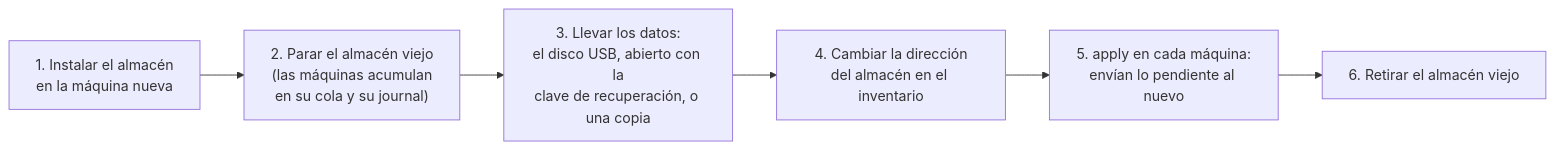
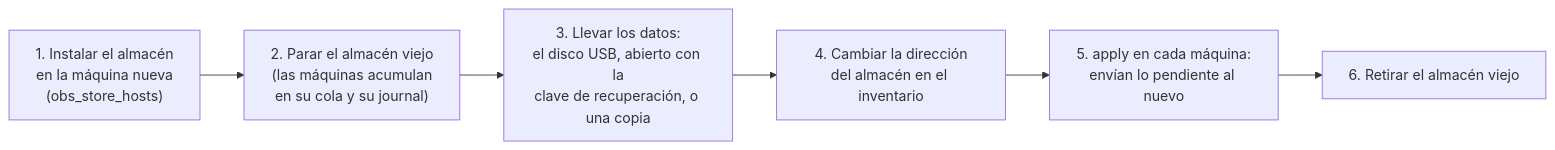
The second of 2 diagrams in docs/OBSERVABILITY.md (laperl/infra-podman), drawn with Mermaid before and after one commit. The commit also changed other lines of this file and 34 other files, not shown here.

````diff
--- a/docs/OBSERVABILITY.md
+++ b/docs/OBSERVABILITY.md
@@ -100,8 +98,8 @@
 ```mermaid
 flowchart LR
-  s1["1. Instalar el almacén<br/>en la máquina nueva"] --> s2["2. Parar el almacén viejo<br/>(las máquinas acumulan<br/>en su cola y su journal)"]
+  s1["1. Instalar el almacén<br/>en la máquina nueva<br/>(obs_store_hosts)"] --> s2["2. Parar el almacén viejo<br/>(las máquinas acumulan<br/>en su cola y su journal)"]
   s2 --> s3["3. Llevar los datos:<br/>el disco USB, abierto con la<br/>clave de recuperación, o una copia"]
   s3 --> s4["4. Cambiar la dirección<br/>del almacén en el inventario"]
   s4 --> s5["5. apply en cada máquina:<br/>envían lo pendiente al nuevo"]
   s5 --> s6["6. Retirar el almacén viejo"]
 ```
````
